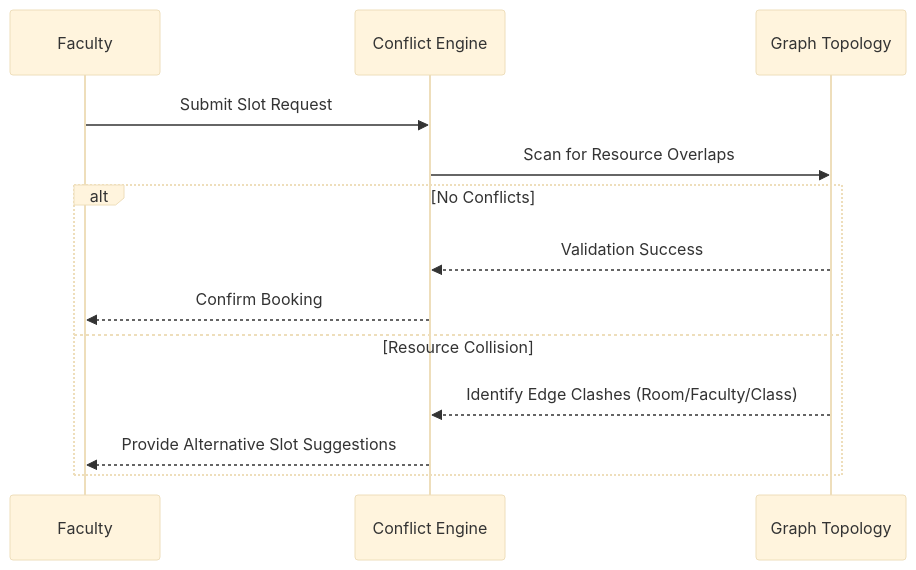
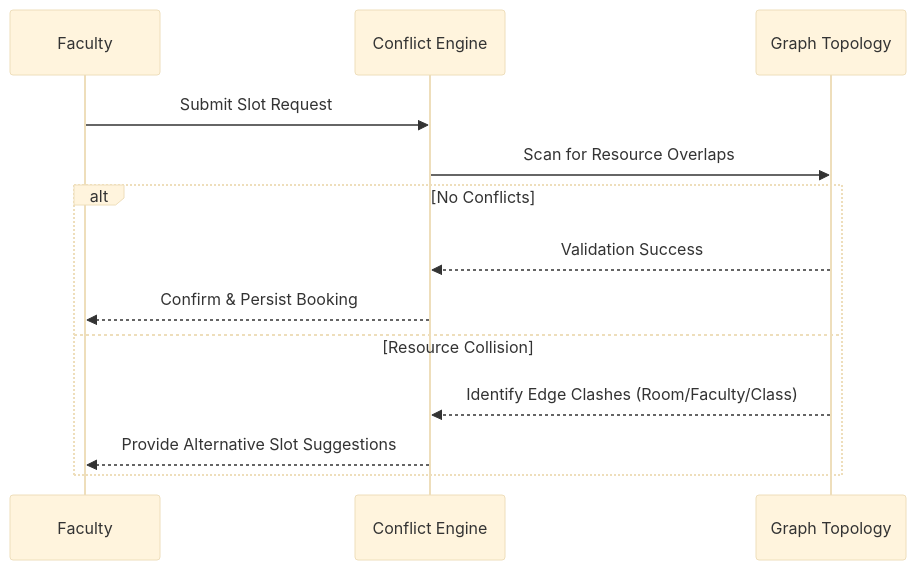
The third of 3 diagrams in README.md (jhanvi857/CampusFlow), drawn with Mermaid (base theme) before and after one commit. The commit also changed other lines of this file, not shown here.

````diff
--- a/README.md
+++ b/README.md
@@ -69,16 +76,16 @@
 ```mermaid
 sequenceDiagram
     participant F as Faculty
     participant E as Conflict Engine
     participant G as Graph Topology
     
     F->>E: Submit Slot Request
     E->>G: Scan for Resource Overlaps
     alt No Conflicts
         G-->>E: Validation Success
-        E-->>F: Confirm Booking
+        E-->>F: Confirm & Persist Booking
     else Resource Collision
         G-->>E: Identify Edge Clashes (Room/Faculty/Class)
         E-->>F: Provide Alternative Slot Suggestions
     end
 ```
````
